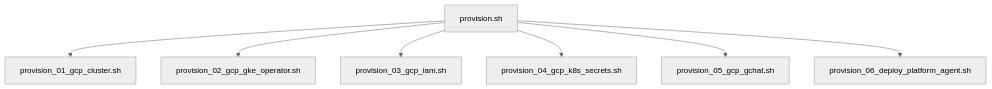
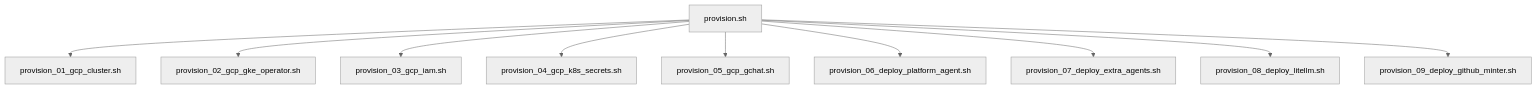
One commit to gke-agentic/kube-agents changed the first of 2 diagrams in k8s-operator/README.md. Above: the diagram before and after it, drawn with Mermaid (neutral theme). The commit also changed other lines of this file and 19 other files, not shown here.

````diff
--- a/k8s-operator/README.md
+++ b/k8s-operator/README.md
@@ -47,9 +47,12 @@
 ```mermaid
 graph TD
     A[provision.sh] --> B[provision_01_gcp_cluster.sh]
     A --> C[provision_02_gcp_gke_operator.sh]
     A --> D[provision_03_gcp_iam.sh]
     A --> E[provision_04_gcp_k8s_secrets.sh]
     A --> F[provision_05_gcp_gchat.sh]
     A --> G[provision_06_deploy_platform_agent.sh]
+    A --> H[provision_07_deploy_extra_agents.sh]
+    A --> I[provision_08_deploy_litellm.sh]
+    A --> J[provision_09_deploy_github_minter.sh]
 ```
````
